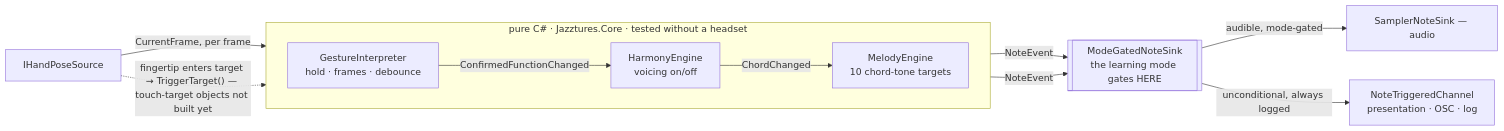
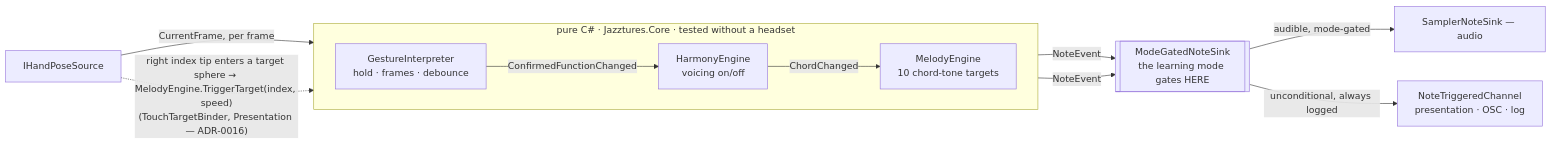
One commit to janicarys/jazztures changed the second of 3 diagrams in Docs/ARCHITECTURE.md. Above: the diagram before and after it, drawn with Mermaid. The commit also changed other lines of this file and 26 other files, not shown here.

````diff
--- a/Docs/ARCHITECTURE.md
+++ b/Docs/ARCHITECTURE.md
@@ -83,24 +87,24 @@
 ```mermaid
 flowchart LR
     HPS[IHandPoseSource]
 
     subgraph core["pure C# · Jazztures.Core · tested without a headset"]
         direction LR
         GI[GestureInterpreter<br/>hold · frames · debounce]
         HE[HarmonyEngine<br/>voicing on/off]
         ME[MelodyEngine<br/>10 chord-tone targets]
     end
 
     MG[["ModeGatedNoteSink<br/>the learning mode gates HERE"]]
     S[SamplerNoteSink — audio]
     NC[NoteTriggeredChannel<br/>presentation · OSC · log]
 
     HPS -->|CurrentFrame, per frame| GI
     GI -->|ConfirmedFunctionChanged| HE
     HE -->|ChordChanged| ME
     HE -->|NoteEvent| MG
     ME -->|NoteEvent| MG
-    HPS -.->|"fingertip enters target → TriggerTarget() — touch-target objects not built yet"| ME
+    HPS -.->|"right index tip enters a target sphere → MelodyEngine.TriggerTarget(index, speed)<br/>(TouchTargetBinder, Presentation — ADR-0016)"| ME
     MG -->|audible, mode-gated| S
     MG -->|unconditional, always logged| NC
 ```
````
